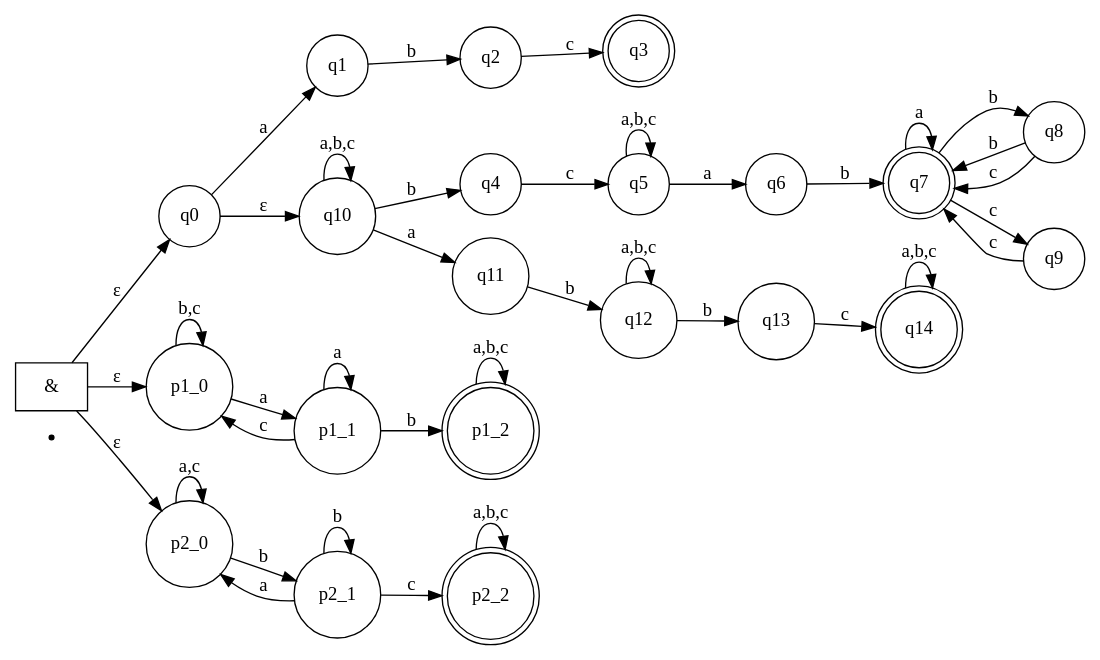
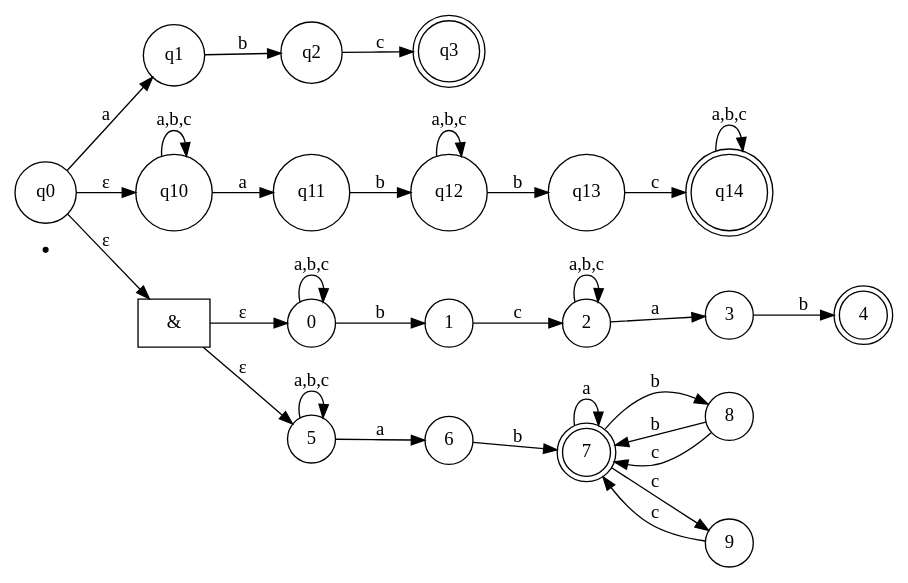
Before and after one commit to platiumgold/RoFL: the diagram in lab2/automatas/AFA.dot, drawn with Graphviz.

Commit message:
AFA change

```diff
--- a/lab2/automatas/AFA.dot
+++ b/lab2/automatas/AFA.dot
@@ -1,67 +1,53 @@
 digraph NFA {
   rankdir=LR;
 
   node [shape = circle];
 
   node [shape = point]; start;
   node [shape = circle];
 
-  node [shape = doublecircle]; q3 q7 q14;
+  node [shape = doublecircle]; q3 q14; 4; 7
   node [shape = circle];
   
   // abc
   q0 -> q1 [label="a"];
   q1 -> q2 [label="b"];
   q2 -> q3 [label="c"];
 
-  // ((a|b|c)*bc(a|b|c)*ab(a|bc|cc|bb)*)
-  q10 -> q4 [label="b"];
-  q4 -> q5 [label="c"];
-  q5 -> q5 [label="a,b,c"];
-  q5 -> q6 [label="a"];
-  q6 -> q7 [label="b"];
-  q7 -> q7 [label="a"];
-  q7 -> q8 [label="b"];
-  q8 -> q7 [label="b"];
-  q8 -> q7 [label="c"];
-  q7 -> q9 [label="c"];
-  q9 -> q7 [label="c"];
+
 
   // ((a|b|c)*ab(a|b|c)*bc(a|b|c)*)
   q0 -> q10 [label="ε"];
   q10 -> q10 [label="a,b,c"];
   q10 -> q11 [label="a"];
   q11 -> q12 [label="b"];
   q12 -> q12 [label="a,b,c"];
   q12 -> q13 [label="b"];
   q13 -> q14 [label="c"];
   q14 -> q14 [label="a,b,c"];
 
+ // (?=.*bc.*ab)
+  node [shape = box]; "&"; 
+  node [shape = circle];
 
-  //мини автоматики
+  q0 -> "&" [label="ε"]
+  "&" -> 0 [label="ε"]
+  0 -> 0 [label="a,b,c"]
+  0 -> 1 [label="b"]
+  1 -> 2 [label="c"]
+  2 -> 2 [label="a,b,c"]
+  2 -> 3 [label="a"]
+  3 -> 4 [label="b"]
 
-  node [shape = doublecircle];  p2_2; p1_2;
-
-  node [shape = circle];
-  // подстрока ab
-  p1_0 -> p1_0 [label= "b,c"];
-  p1_0 -> p1_1 [label = "a"];
-  p1_1 -> p1_2 [label="b"]
-  p1_1 -> p1_0 [label="c"]
-  p1_1 -> p1_1 [label = "a"]
-  p1_2 -> p1_2 [label = "a,b,c"]
-
-  // подстрока bc
-  p2_0 -> p2_0 [label= "a,c"];
-  p2_0 -> p2_1 [label = "b"];
-  p2_1 -> p2_2 [label="c"]
-  p2_1 -> p2_0 [label="a"]
-  p2_1 -> p2_1 [label = "b"]
-  p2_2 -> p2_2 [label = "a,b,c"]
-
-  // объединяем
-  node [shape = box]; "&"; 
-  "&" -> p1_0 [label="ε"];
-  "&" -> p2_0 [label="ε"];
-  "&" -> q0 [label="ε"];
+  //(.*ab(a|bc|cc|bb)*)
+  "&" -> 5 [label="ε"]
+  5 -> 5 [label="a,b,c"]
+  5 -> 6 [label="a"]
+  6 -> 7 [label="b"]
+  7 -> 7 [label="a"];
+  7 -> 8 [label="b"];
+  8 -> 7 [label="b"];
+  8 -> 7 [label="c"];
+  7 -> 9 [label="c"];
+  9 -> 7 [label="c"];
 }
```
